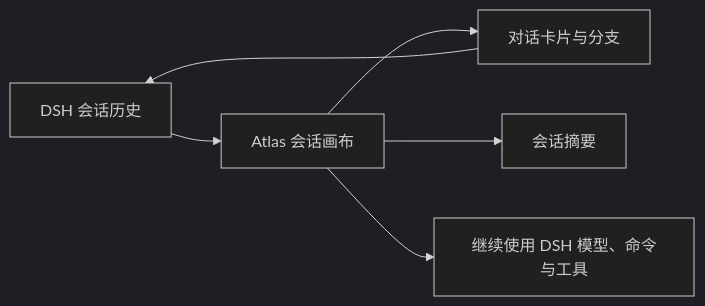
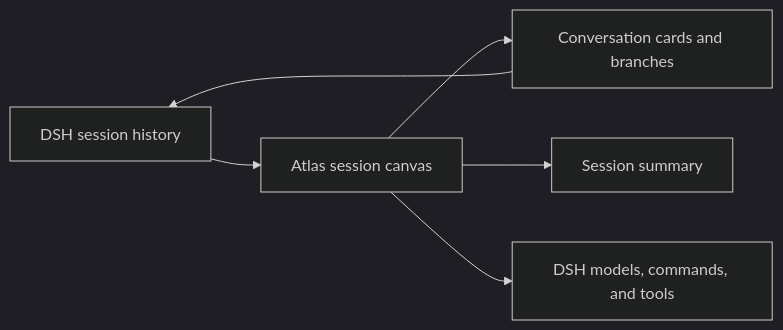
The diagram in README.md (sumarilkkxx/dsh-atlas), drawn with Mermaid (dark theme) before and after one commit. The commit also changed other lines of this file and 3 other files, not shown here.

````diff
--- a/README.md
+++ b/README.md
@@ -86,8 +90,8 @@
 ```mermaid
 flowchart LR
-    DSH[DSH 会话历史] --> Atlas[Atlas 会话画布]
-    Atlas --> Cards[对话卡片与分支]
-    Atlas --> Summary[会话摘要]
-    Atlas --> Native[继续使用 DSH 模型、命令与工具]
+    DSH[DSH session history] --> Atlas[Atlas session canvas]
+    Atlas --> Cards[Conversation cards and branches]
+    Atlas --> Summary[Session summary]
+    Atlas --> Native[DSH models, commands, and tools]
     Cards --> DSH
 ```
````
